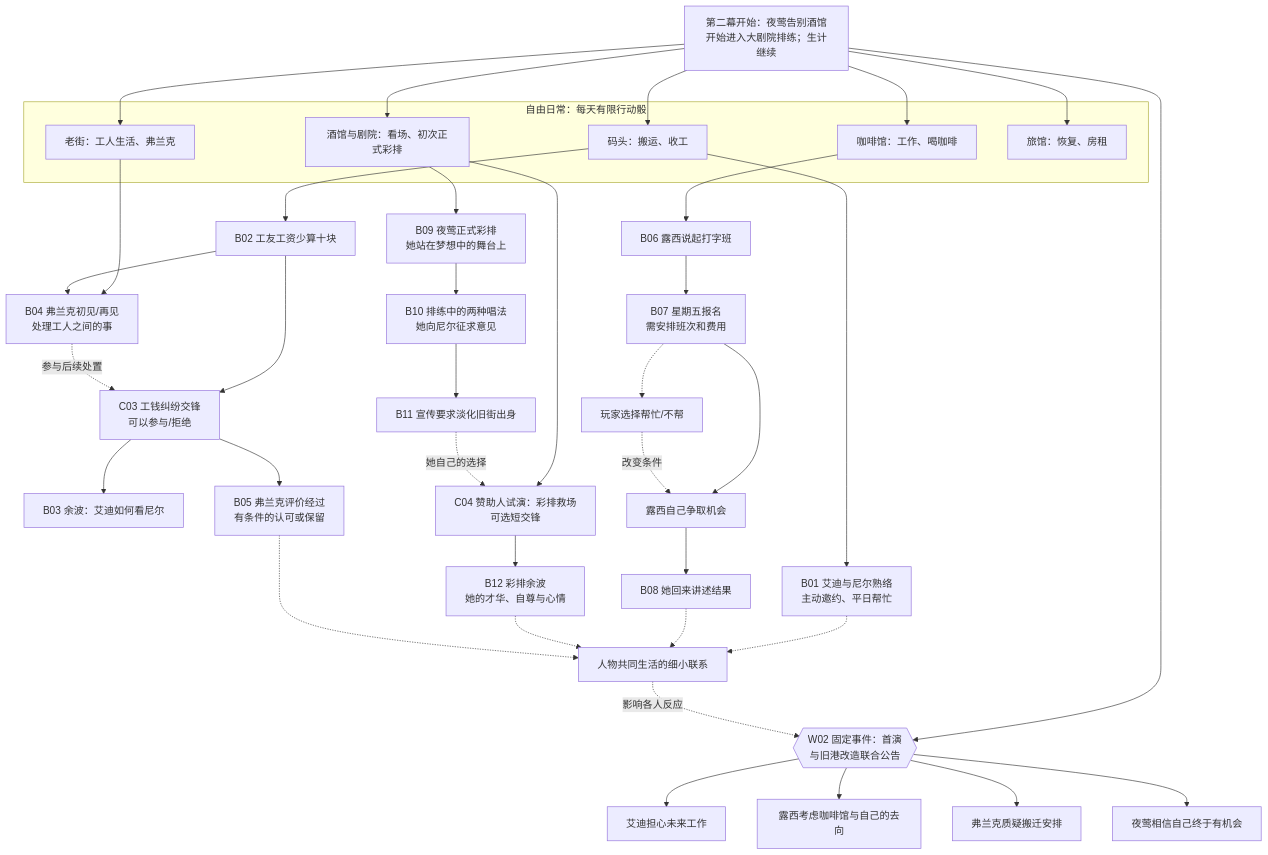
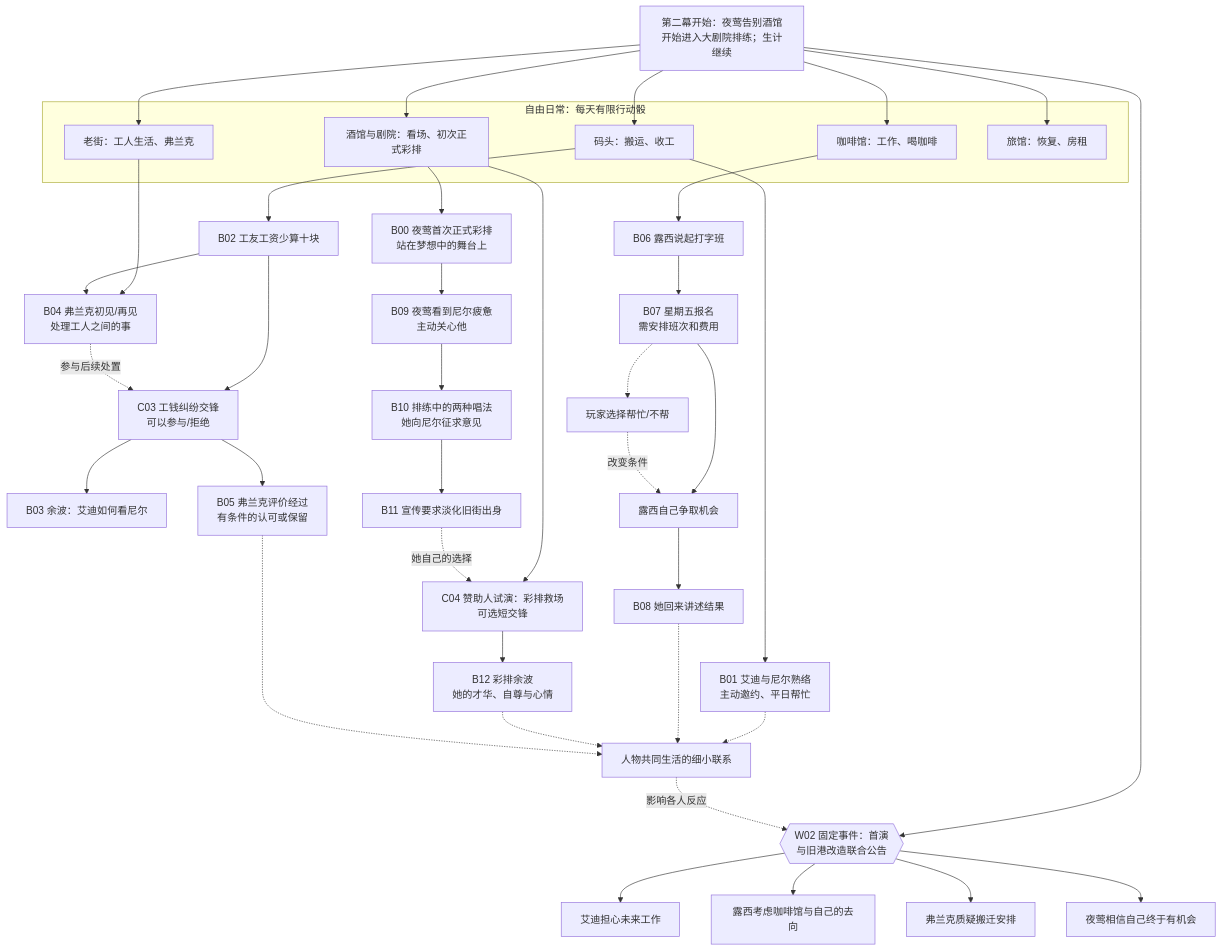
The first of 7 diagrams in docs/章节内容手稿/第一章_人物与交锋设计/02_第二幕_这里有我的朋友_内容网络与交锋.md (guopanqi/ssnoir), drawn with Mermaid before and after one commit. The commit also changed other lines of this file, not shown here.

````diff
--- a/docs/章节内容手稿/第一章_人物与交锋设计/02_第二幕_这里有我的朋友_内容网络与交锋.md
+++ b/docs/章节内容手稿/第一章_人物与交锋设计/02_第二幕_这里有我的朋友_内容网络与交锋.md
@@ -33,53 +33,54 @@
 ```mermaid
 flowchart TD
     A["第二幕开始：夜莺告别酒馆<br/>开始进入大剧院排练；生计继续"]
 
     subgraph LIFE["自由日常：每天有限行动骰"]
         B["码头：搬运、收工"]
         C["咖啡馆：工作、喝咖啡"]
         D["酒馆与剧院：看场、初次正式彩排"]
         E["老街：工人生活、弗兰克"]
         F["旅馆：恢复、房租"]
     end
     A --> B
     A --> C
     A --> D
     A --> E
     A --> F
 
     B --> G["B01 艾迪与尼尔熟络<br/>主动邀约、平日帮忙"]
     B --> H["B02 工友工资少算十块"]
     H --> I["C03 工钱纠纷交锋<br/>可以参与/拒绝"]
     I --> J["B03 余波：艾迪如何看尼尔"]
 
     E --> K["B04 弗兰克初见/再见<br/>处理工人之间的事"]
     H --> K
     K -.参与后续处置.-> I
     I --> L["B05 弗兰克评价经过<br/>有条件的认可或保留"]
 
     C --> M["B06 露西说起打字班"]
     M --> N["B07 星期五报名<br/>需安排班次和费用"]
     N -.-> O["玩家选择帮忙/不帮"]
     N --> P["露西自己争取机会"]
     O -.改变条件.-> P
     P --> Q["B08 她回来讲述结果"]
 
-    D --> R["B09 夜莺正式彩排<br/>她站在梦想中的舞台上"]
-    R --> S["B10 排练中的两种唱法<br/>她向尼尔征求意见"]
+    D --> R["B00 夜莺首次正式彩排<br/>站在梦想中的舞台上"]
+    R --> RR["B09 夜莺看到尼尔疲惫<br/>主动关心他"]
+    RR --> S["B10 排练中的两种唱法<br/>她向尼尔征求意见"]
     S --> T["B11 宣传要求淡化旧街出身"]
     D --> U["C04 赞助人试演：彩排救场<br/>可选短交锋"]
     T -.她自己的选择.-> U
     U --> V["B12 彩排余波<br/>她的才华、自尊与心情"]
 
     G -.-> W["人物共同生活的细小联系"]
     Q -.-> W
     V -.-> W
     L -.-> W
 
     A --> X{{"W02 固定事件：首演<br/>与旧港改造联合公告"}}
     W -.影响各人反应.-> X
     X --> Y["艾迪担心未来工作"]
     X --> Z["露西考虑咖啡馆与自己的去向"]
     X --> AA["弗兰克质疑搬迁安排"]
     X --> AB["夜莺相信自己终于有机会"]
 ```
````
